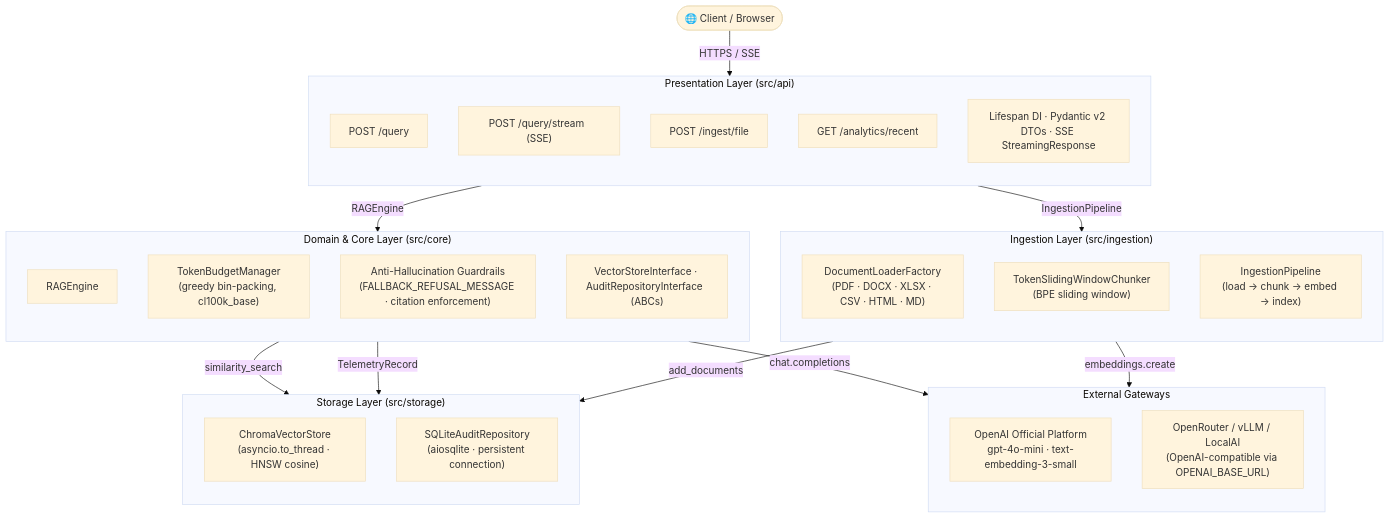
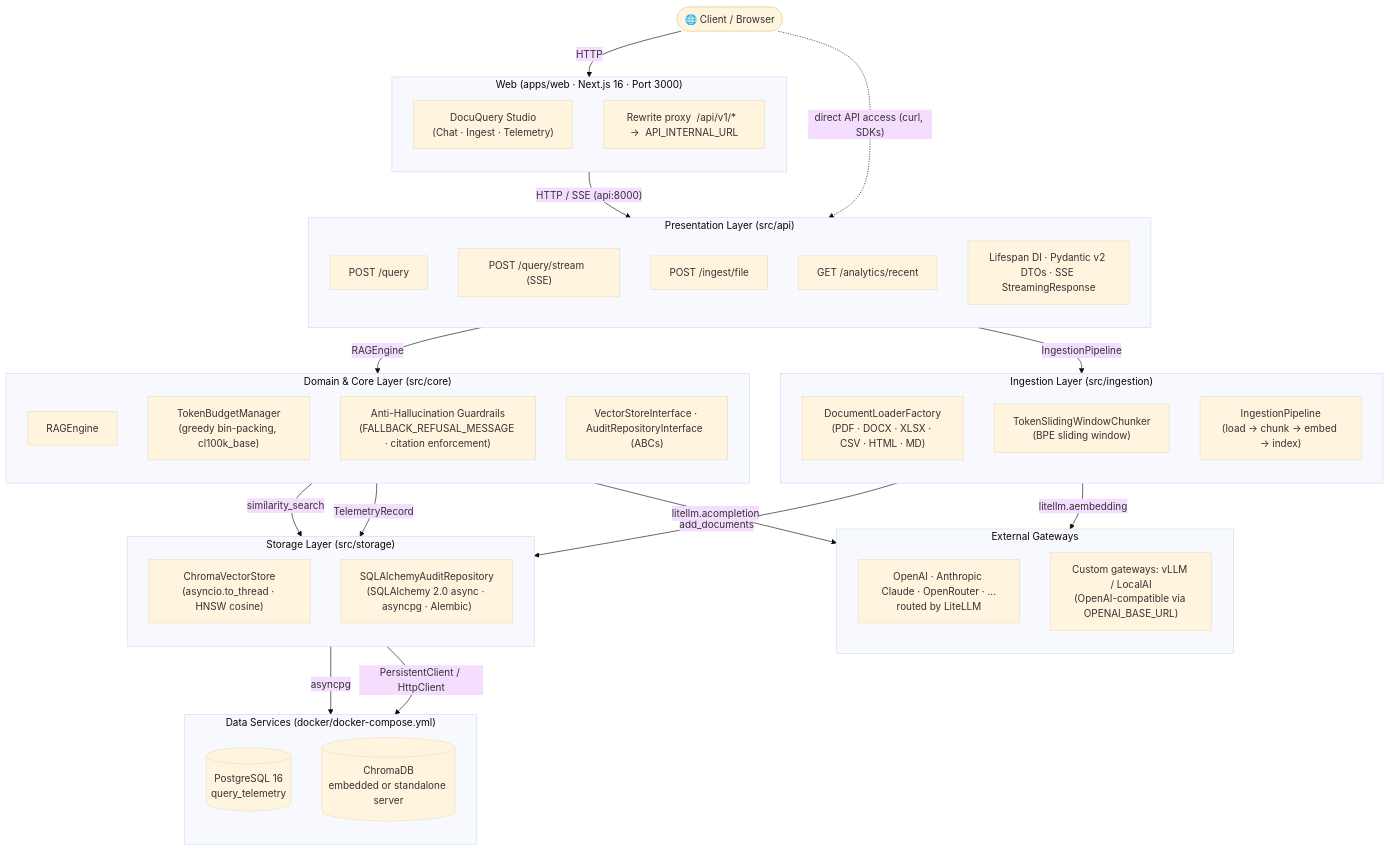
Before and after one commit to zqf20096327/ai_collect: the diagram in data/readmes/Nazar-Plokhuta__docuquery-rag-agent.md, drawn with Mermaid (base theme). The commit also changed other lines of this file and 1657 other files, not shown here.

````diff
--- a/data/readmes/Nazar-Plokhuta__docuquery-rag-agent.md
+++ b/data/readmes/Nazar-Plokhuta__docuquery-rag-agent.md
@@ -34,49 +41,65 @@
 ```mermaid
 flowchart TD
     Client(["🌐 Client / Browser"])
+
+    subgraph Web["Web  (apps/web · Next.js 16 · Port 3000)"]
+        direction TB
+        UI["DocuQuery Studio\n(Chat · Ingest · Telemetry)"]
+        PX["Rewrite proxy  /api/v1/*  →  API_INTERNAL_URL"]
+    end
 
     subgraph Presentation["Presentation Layer  (src/api)"]
         direction TB
         R1["POST /query"]
         R2["POST /query/stream  (SSE)"]
         R3["POST /ingest/file"]
         R4["GET  /analytics/recent"]
         DI["Lifespan DI · Pydantic v2 DTOs · SSE StreamingResponse"]
     end
 
     subgraph Domain["Domain & Core Layer  (src/core)"]
         direction TB
         RAG["RAGEngine"]
         TBM["TokenBudgetManager\n(greedy bin-packing, cl100k_base)"]
         AHG["Anti-Hallucination Guardrails\n(FALLBACK_REFUSAL_MESSAGE · citation enforcement)"]
         ABCs["VectorStoreInterface · AuditRepositoryInterface  (ABCs)"]
     end
 
     subgraph Ingestion["Ingestion Layer  (src/ingestion)"]
         direction TB
         LD["DocumentLoaderFactory\n(PDF · DOCX · XLSX · CSV · HTML · MD)"]
         CHK["TokenSlidingWindowChunker\n(BPE sliding window)"]
         PIP["IngestionPipeline\n(load → chunk → embed → index)"]
     end
 
     subgraph Storage["Storage Layer  (src/storage)"]
         direction TB
         VEC["ChromaVectorStore\n(asyncio.to_thread · HNSW cosine)"]
-        ADB["SQLiteAuditRepository\n(aiosqlite · persistent connection)"]
+        ADB["SQLAlchemyAuditRepository\n(SQLAlchemy 2.0 async · asyncpg · Alembic)"]
+    end
+
+    subgraph Data["Data Services  (docker/docker-compose.yml)"]
+        direction TB
+        PG[("PostgreSQL 16\nquery_telemetry")]
+        CH[("ChromaDB\nembedded or standalone server")]
     end
 
     subgraph Gateways["External Gateways"]
         direction TB
-        OAI["OpenAI Official Platform\ngpt-4o-mini · text-embedding-3-small"]
-        ORT["OpenRouter / vLLM / LocalAI\n(OpenAI-compatible via OPENAI_BASE_URL)"]
+        OAI["OpenAI · Anthropic Claude · OpenRouter · ...\nrouted by LiteLLM"]
+        ORT["Custom gateways: vLLM / LocalAI\n(OpenAI-compatible via OPENAI_BASE_URL)"]
     end
 
-    Client -->|"HTTPS / SSE"| Presentation
+    Storage -->|"asyncpg"| PG
+    Storage -->|"PersistentClient / HttpClient"| CH
+    Client -->|"HTTP"| Web
+    Web -->|"HTTP / SSE (api:8000)"| Presentation
+    Client -.->|"direct API access (curl, SDKs)"| Presentation
     Presentation -->|"RAGEngine"| Domain
     Presentation -->|"IngestionPipeline"| Ingestion
     Domain -->|"similarity_search"| Storage
     Domain -->|"TelemetryRecord"| Storage
     Ingestion -->|"add_documents"| Storage
-    Domain -->|"chat.completions"| Gateways
-    Ingestion -->|"embeddings.create"| Gateways
+    Domain -->|"litellm.acompletion"| Gateways
+    Ingestion -->|"litellm.aembedding"| Gateways
 ```
````
